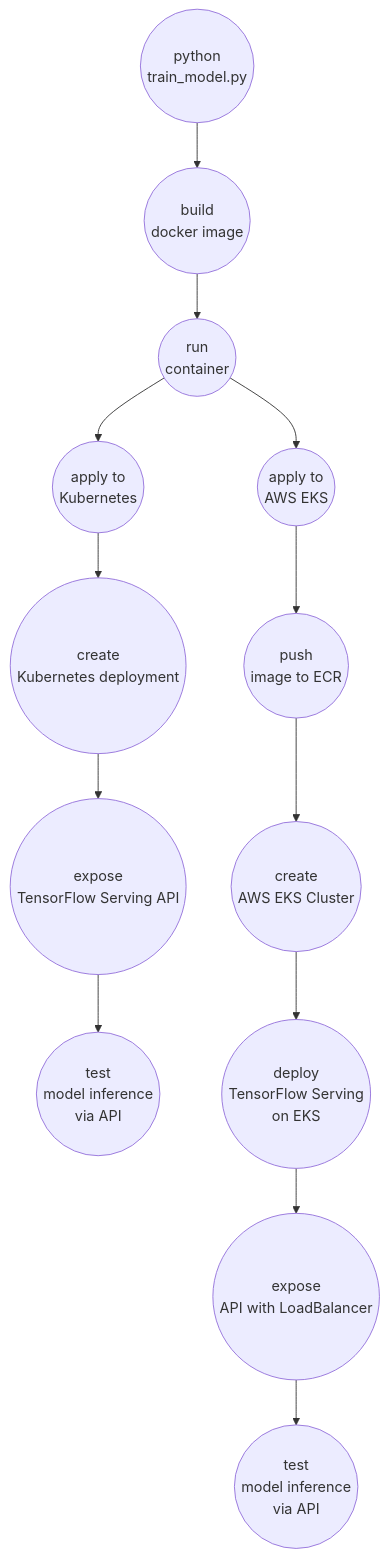
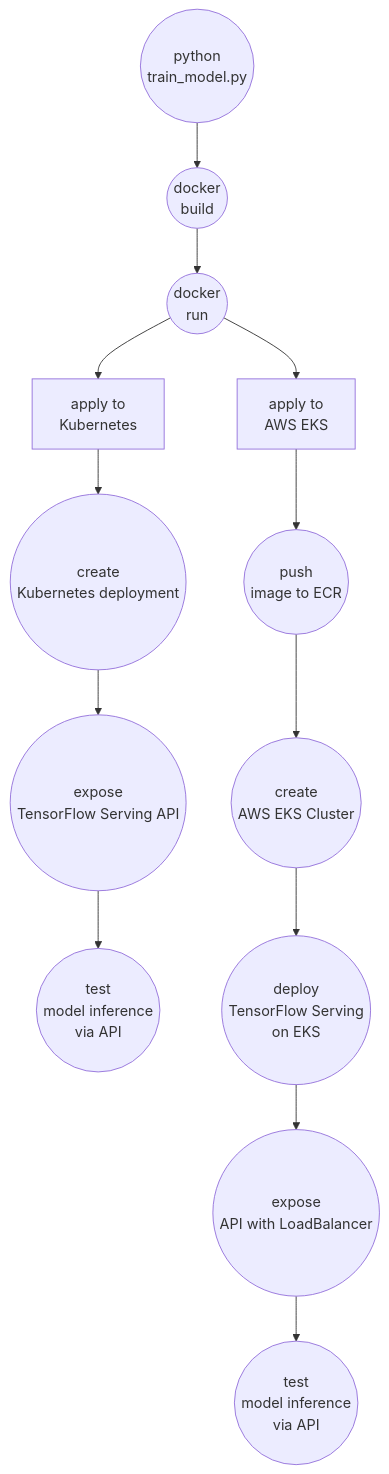
Before and after one commit to ketut-garjita/E-Commerce-Engagement-ML: the first of 3 diagrams in README.md, drawn with Mermaid.

````diff
--- a/README.md
+++ b/README.md
@@ -113,33 +113,33 @@
 ```mermaid
 graph TD
     A((python
-train_model.py)) --> B((build
-docker image))
-    B --> C((run
-container))
-    C --> D1((apply to 
-Kubernetes))
-    C --> D2((apply to 
-AWS EKS))
+train_model.py)) --> B((docker
+build))
+    B --> C((docker
+run))
+    C --> D1[apply to 
+Kubernetes]
+    C --> D2[apply to 
+AWS EKS]
     
     D1 --> E1((create
 Kubernetes deployment))
     E1 --> F1((expose
 TensorFlow Serving API))
     F1 --> G1((test 
 model inference
 via API))
 
     D2 --> E2((push
 image to ECR))
     E2 --> F2((create
 AWS EKS Cluster))
     F2 --> G2((deploy 
 TensorFlow Serving
 on EKS))
     G2 --> H2((expose
 API with LoadBalancer))
     H2 --> I2((test 
 model inference
 via API))
 ```
````
